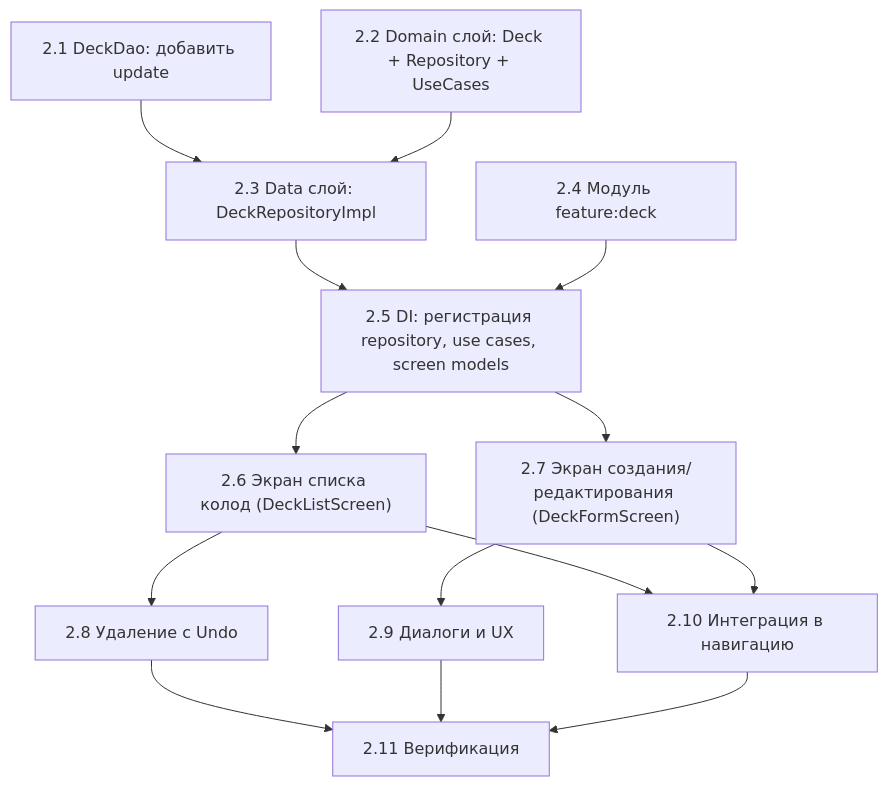
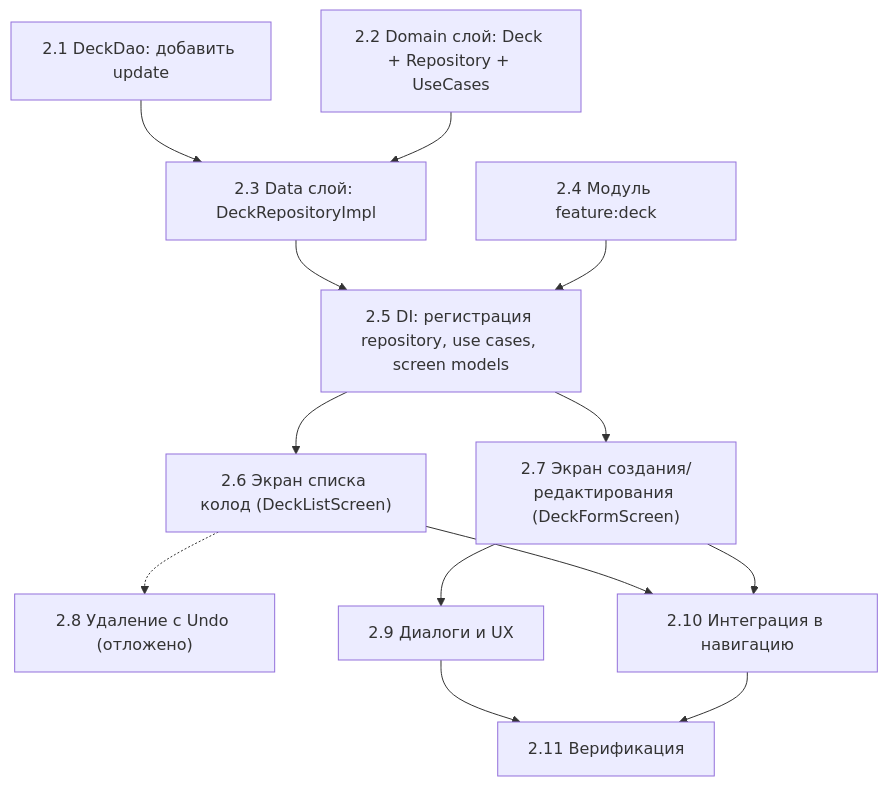
The diagram in docs/STEP_2_DECKS.md (PavkaBrika/Repetrail-KMP), drawn with Mermaid before and after one commit. The commit also changed other lines of this file and 10 other files, not shown here.

````diff
--- a/docs/STEP_2_DECKS.md
+++ b/docs/STEP_2_DECKS.md
@@ -32,28 +32,27 @@
 ```mermaid
 flowchart TD
     T1["2.1 DeckDao: добавить update"]
     T2["2.2 Domain слой: Deck + Repository + UseCases"]
     T3["2.3 Data слой: DeckRepositoryImpl"]
     T4["2.4 Модуль feature:deck"]
     T5["2.5 DI: регистрация repository, use cases, screen models"]
     T6["2.6 Экран списка колод (DeckListScreen)"]
     T7["2.7 Экран создания/редактирования (DeckFormScreen)"]
-    T8["2.8 Удаление с Undo"]
+    T8["2.8 Удаление с Undo (отложено)"]
     T9["2.9 Диалоги и UX"]
     T10["2.10 Интеграция в навигацию"]
     T11["2.11 Верификация"]
 
     T1 --> T3
     T2 --> T3
     T3 --> T5
     T4 --> T5
     T5 --> T6
     T5 --> T7
-    T6 --> T8
+    T6 -.-> T8
     T7 --> T9
     T6 --> T10
     T7 --> T10
-    T8 --> T11
     T9 --> T11
     T10 --> T11
 ```
````
